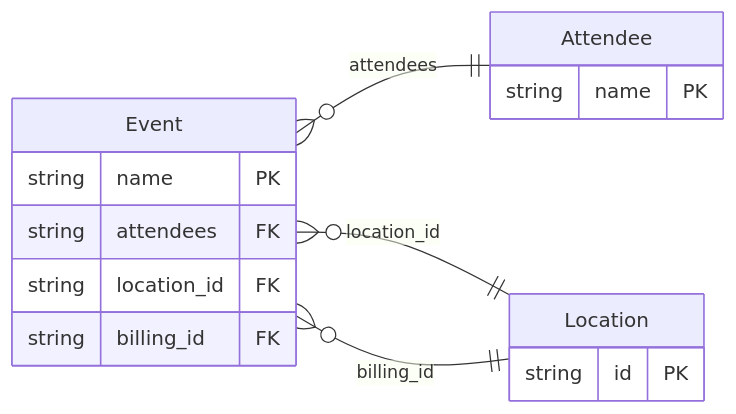
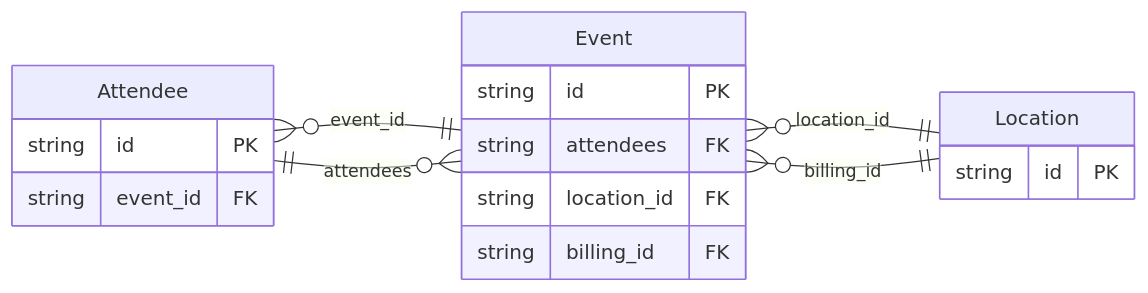
One commit to the-protobuf-project/orm changed the diagram in plugin/generator/testdata/cases/embedded/golden/prisma/v1/README.md. Above: the diagram before and after it, drawn with Mermaid. The commit also changed 135 other files, not shown here.

First line of the commit message:
feat: add PostgreSQL schemas and tables for fleet tracking and calendar app

````diff
--- a/plugin/generator/testdata/cases/embedded/golden/prisma/v1/README.md
+++ b/plugin/generator/testdata/cases/embedded/golden/prisma/v1/README.md
@@ -13,19 +13,21 @@
 ```mermaid
 erDiagram
     direction LR
     Attendee {
-        string name PK
+        string id PK
+        string event_id FK
     }
     Event {
-        string name PK
+        string id PK
         string attendees FK
         string location_id FK
         string billing_id FK
     }
     Location {
         string id PK
     }
+    Attendee }o--|| Event : "event_id"
     Event }o--|| Attendee : "attendees"
     Event }o--|| Location : "location_id"
     Event }o--|| Location : "billing_id"
 ```
````
